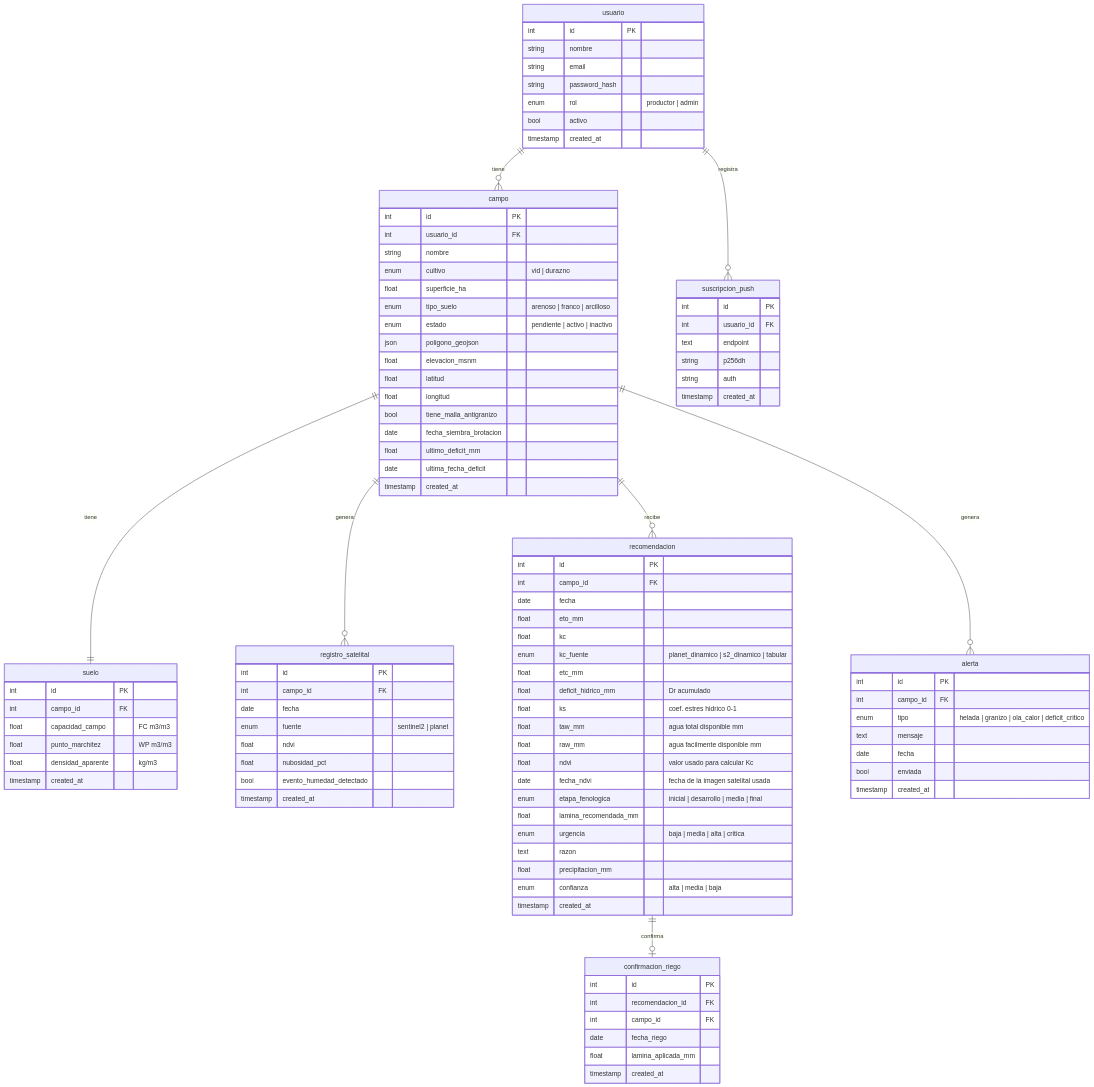
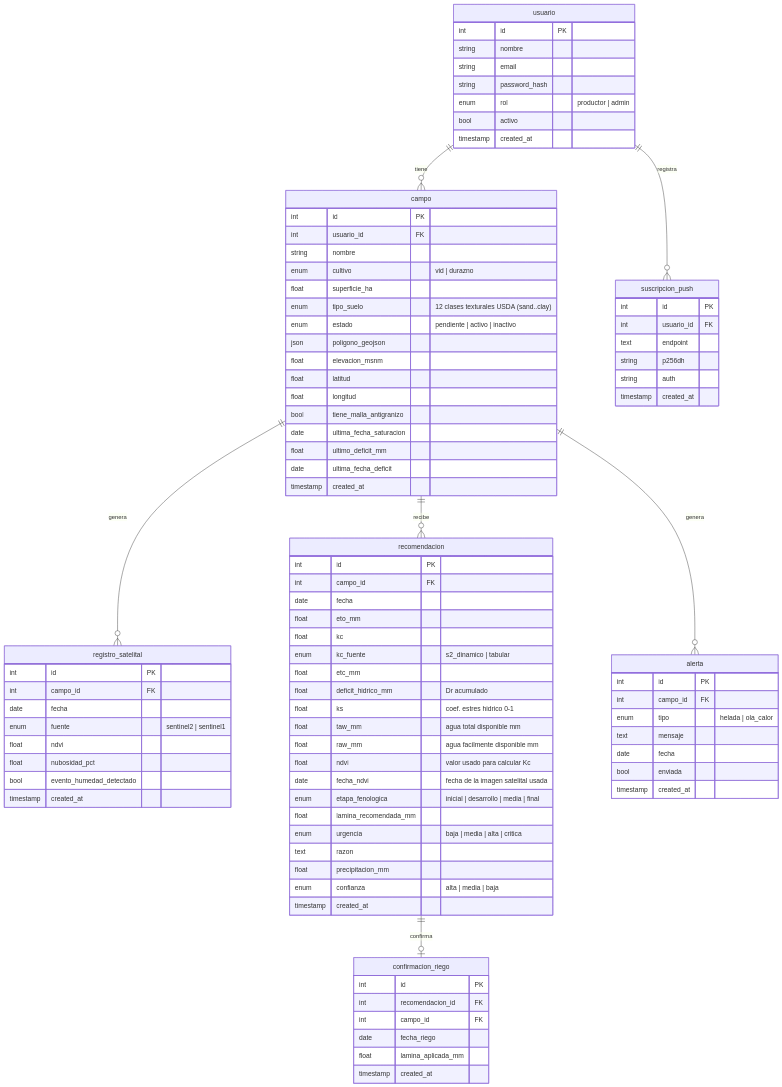
The diagram in docs/modelo-datos/er-diagram.md (Pachi69/irrigation-advisor), drawn with Mermaid before and after one commit. The commit also changed other lines of this file and 3 other files, not shown here.

```diff
--- a/docs/modelo-datos/er-diagram.md
+++ b/docs/modelo-datos/er-diagram.md
@@ -20,25 +20,16 @@
         string nombre
         enum cultivo "vid | durazno"
         float superficie_ha
-        enum tipo_suelo "arenoso | franco | arcilloso"
+        enum tipo_suelo "12 clases texturales USDA (sand..clay)"
         enum estado "pendiente | activo | inactivo"
         json poligono_geojson
         float elevacion_msnm
         float latitud
         float longitud
         bool tiene_malla_antigranizo
-        date fecha_siembra_brotacion
+        date ultima_fecha_saturacion
         float ultimo_deficit_mm
         date ultima_fecha_deficit
-        timestamp created_at
-    }
-
-    suelo {
-        int id PK
-        int campo_id FK
-        float capacidad_campo "FC m3/m3"
-        float punto_marchitez "WP m3/m3"
-        float densidad_aparente "kg/m3"
         timestamp created_at
     }
 
@@ -46,7 +37,7 @@
         int id PK
         int campo_id FK
         date fecha
-        enum fuente "sentinel2 | planet"
+        enum fuente "sentinel2 | sentinel1"
         float ndvi
         float nubosidad_pct
         bool evento_humedad_detectado
@@ -59,7 +50,7 @@
         date fecha
         float eto_mm
         float kc
-        enum kc_fuente "planet_dinamico | s2_dinamico | tabular"
+        enum kc_fuente "s2_dinamico | tabular"
         float etc_mm
         float deficit_hidrico_mm "Dr acumulado"
         float ks "coef. estres hidrico 0-1"
@@ -88,7 +79,7 @@
     alerta {
         int id PK
         int campo_id FK
-        enum tipo "helada | granizo | ola_calor | deficit_critico"
+        enum tipo "helada | ola_calor"
         text mensaje
         date fecha
         bool enviada
@@ -105,7 +96,6 @@
     }
 
     usuario       ||--o{ campo              : "tiene"
-    campo         ||--||  suelo             : "tiene"
     campo         ||--o{ registro_satelital : "genera"
     campo         ||--o{ recomendacion      : "recibe"
     campo         ||--o{ alerta             : "genera"
```
